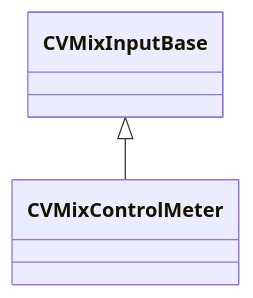
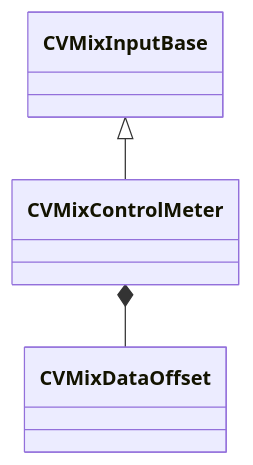
Before and after one commit to CS2OpenDev/CS2OpenDev-Docs: the diagram in docs/generated/schemas/soundsystem_lowlevel/CVMixControlMeter.md, drawn with Mermaid. The commit also changed other lines of this file and 4654 other files, not shown here.

Commit message:
docs: regenerate for SchemaTracker build 25947352 [skip ci]

````diff
--- a/docs/generated/schemas/soundsystem_lowlevel/CVMixControlMeter.md
+++ b/docs/generated/schemas/soundsystem_lowlevel/CVMixControlMeter.md
@@ -19,4 +19,5 @@
 ```mermaid
 classDiagram
     CVMixInputBase <|-- CVMixControlMeter
+    CVMixControlMeter *-- CVMixDataOffset
 ```
````
